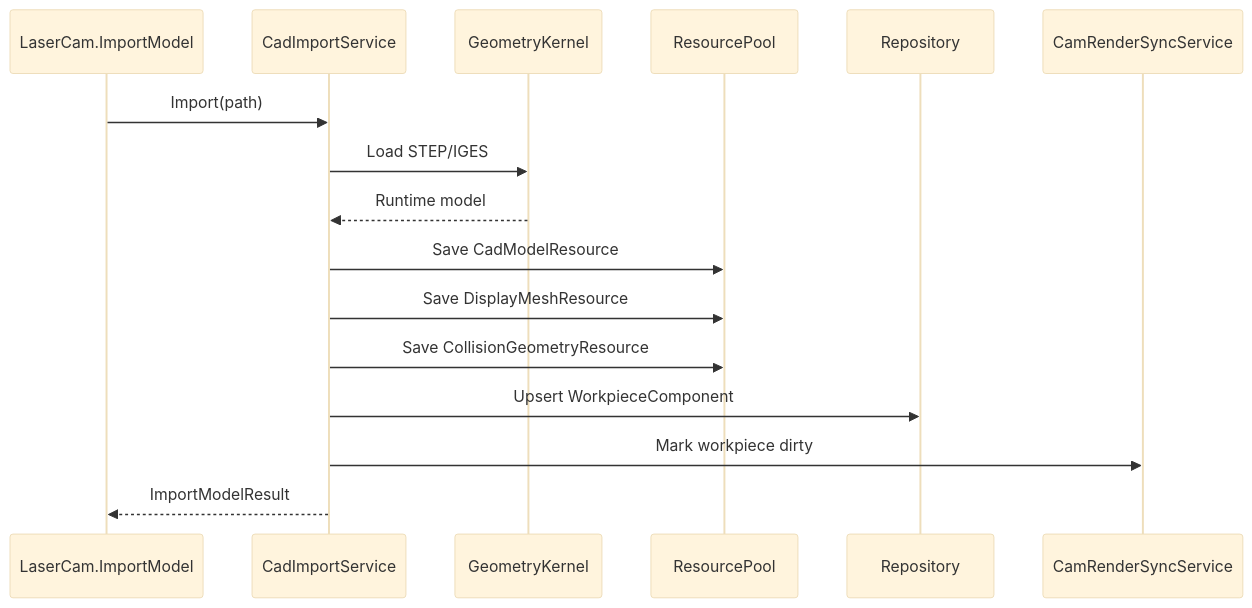
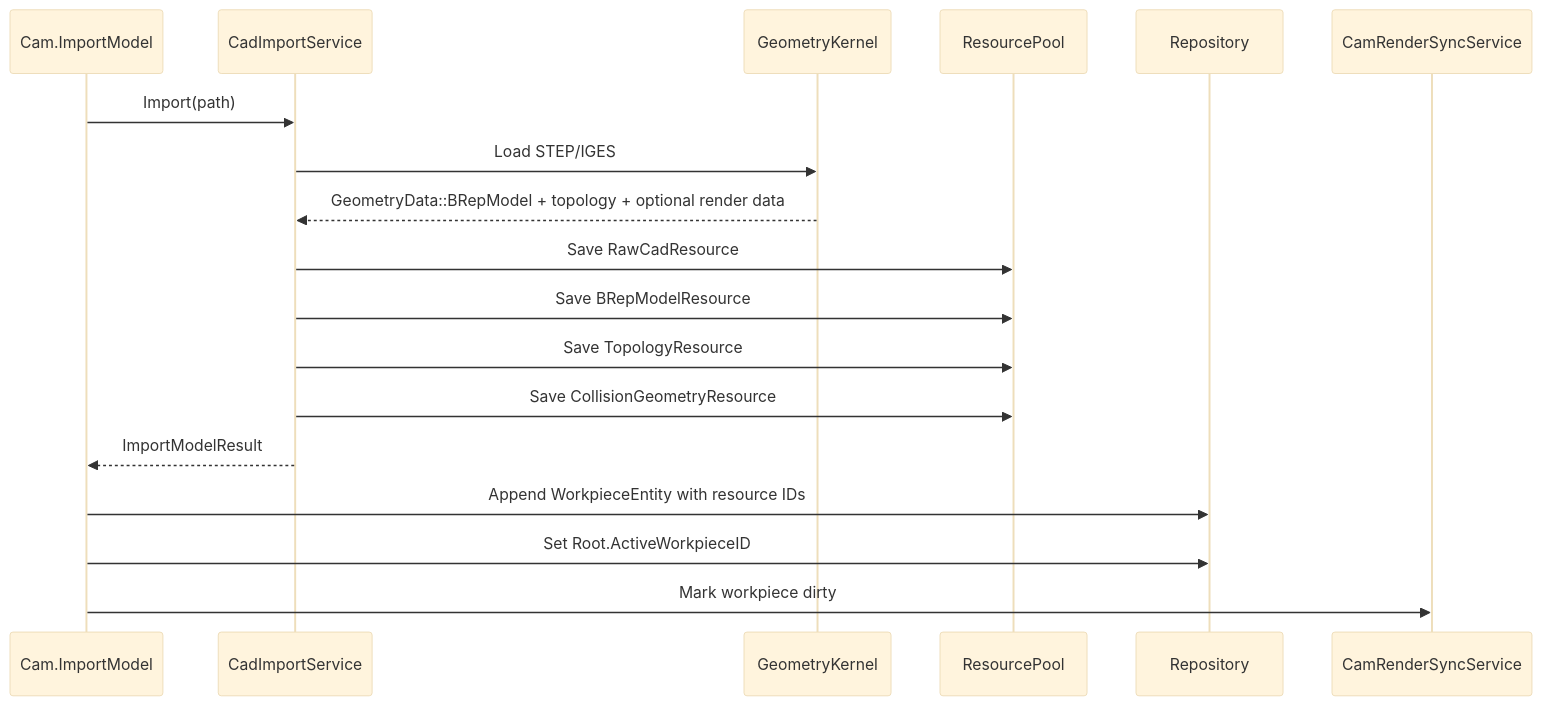
One commit to penguinchiang0609-ui/iCAX changed the diagram in doc/iCAX-Engine/Products/Laser3DCAM/详细设计/05-CAD模型导入与资源内嵌.md. Above: the diagram before and after it, drawn with Mermaid (base theme). The commit also changed other lines of this file and 35358 other files, not shown here.

````diff
--- a/doc/iCAX-Engine/Products/Laser3DCAM/详细设计/05-CAD模型导入与资源内嵌.md
+++ b/doc/iCAX-Engine/Products/Laser3DCAM/详细设计/05-CAD模型导入与资源内嵌.md
@@ -139,19 +157,21 @@
 ```mermaid
 sequenceDiagram
-    participant Cmd as LaserCam.ImportModel
+    participant Cmd as Cam.ImportModel
     participant Cad as CadImportService
     participant Kernel as GeometryKernel
     participant Res as ResourcePool
     participant Repo as Repository
     participant Render as CamRenderSyncService
 
     Cmd->>Cad: Import(path)
     Cad->>Kernel: Load STEP/IGES
-    Kernel-->>Cad: Runtime model
-    Cad->>Res: Save CadModelResource
-    Cad->>Res: Save DisplayMeshResource
+    Kernel-->>Cad: GeometryData::BRepModel + topology + optional render data
+    Cad->>Res: Save RawCadResource
+    Cad->>Res: Save BRepModelResource
+    Cad->>Res: Save TopologyResource
     Cad->>Res: Save CollisionGeometryResource
-    Cad->>Repo: Upsert WorkpieceComponent
-    Cad->>Render: Mark workpiece dirty
     Cad-->>Cmd: ImportModelResult
+    Cmd->>Repo: Append WorkpieceEntity with resource IDs
+    Cmd->>Repo: Set Root.ActiveWorkpieceID
+    Cmd->>Render: Mark workpiece dirty
 ```
````
